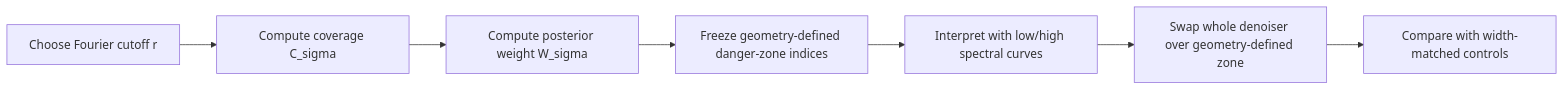
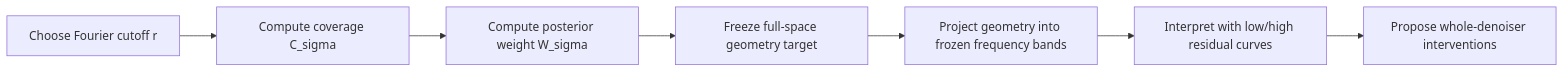
Before and after one commit to xinyugao233/spectral-diffusion-playground: the first of 2 diagrams in README.md, drawn with Mermaid. The commit also changed other lines of this file and 21 other files, not shown here.

Commit message:
Record E004B frequency-restricted geometry results

````diff
--- a/README.md
+++ b/README.md
@@ -30,9 +32,9 @@
 ```mermaid
 flowchart LR
     A[Choose Fourier cutoff r] --> B[Compute coverage C_sigma]
     B --> C[Compute posterior weight W_sigma]
-    C --> D[Freeze geometry-defined danger-zone indices]
-    D --> E[Interpret with low/high spectral curves]
-    E --> F[Swap whole denoiser over geometry-defined zone]
-    F --> G[Compare with width-matched controls]
+    C --> D[Freeze full-space geometry target]
+    D --> E[Project geometry into frozen frequency bands]
+    E --> F[Interpret with low/high residual curves]
+    F --> G[Propose whole-denoiser interventions]
 ```
````
